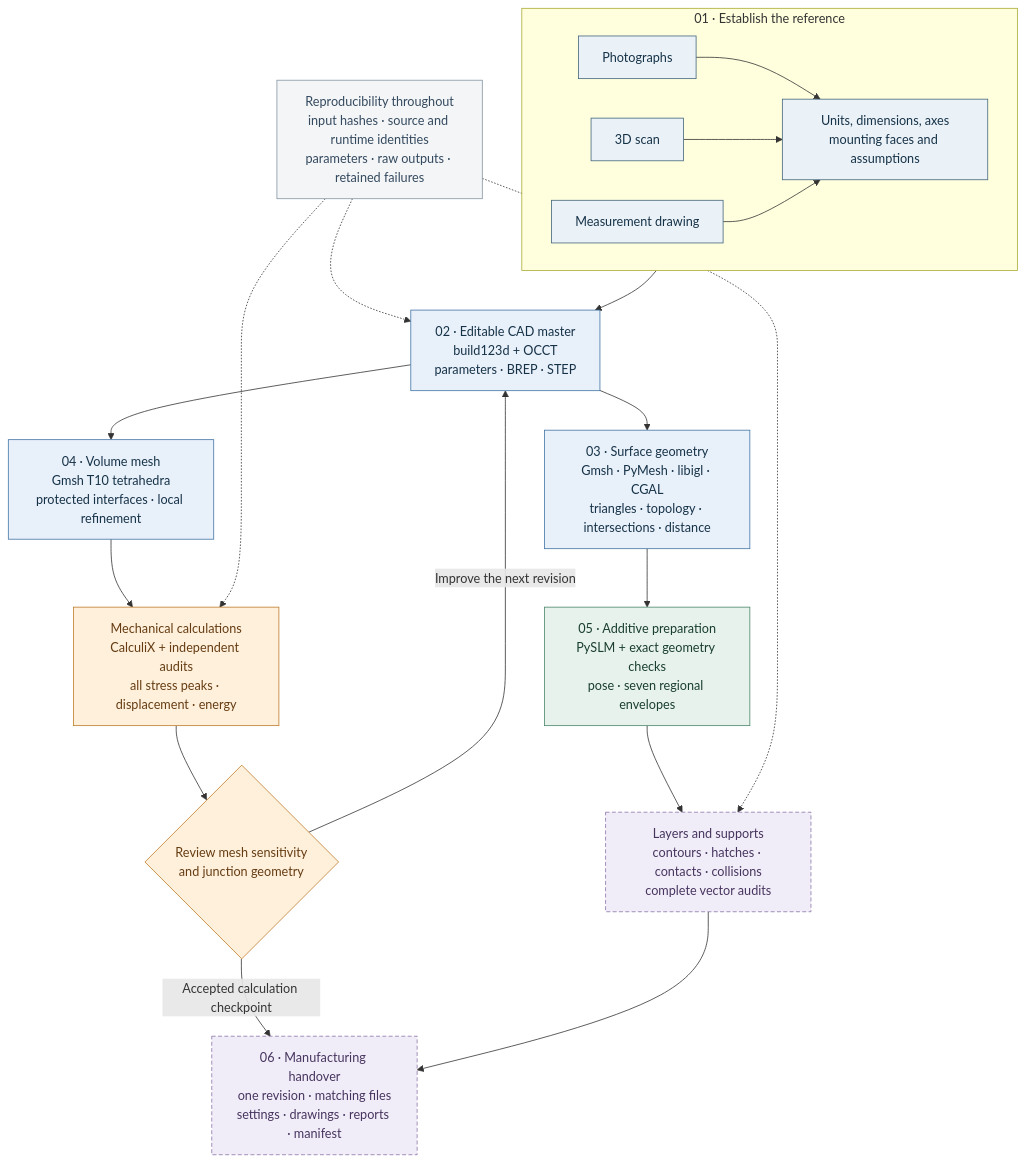
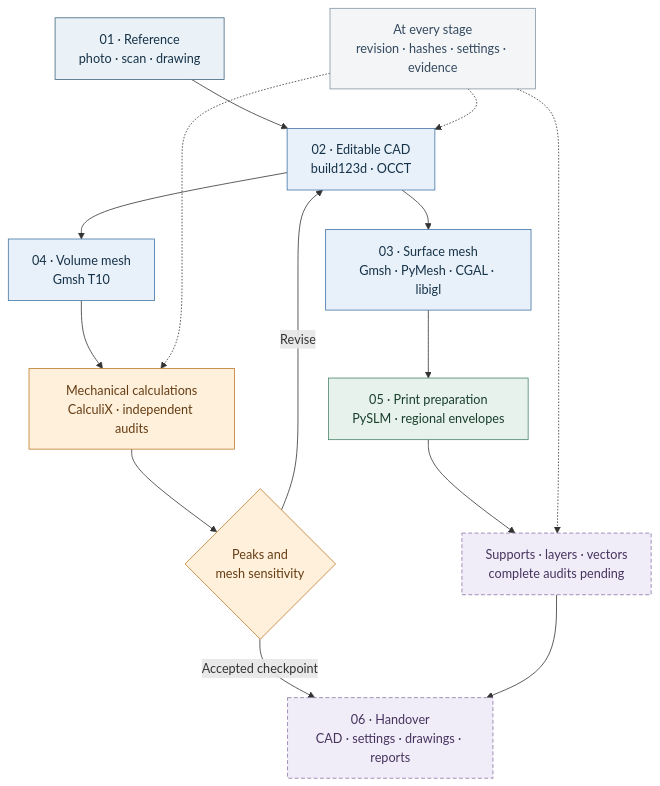
The diagram in docs/manufacturing/993_CARRIER_PROJECT_EN.md (cluster2600/porscheparts), drawn with Mermaid before and after one commit.

Commit message:
Keep the carrier Mermaid overview compact and readable

````diff
--- a/docs/manufacturing/993_CARRIER_PROJECT_EN.md
+++ b/docs/manufacturing/993_CARRIER_PROJECT_EN.md
@@ -37,45 +37,35 @@
 ```mermaid
 flowchart TB
-    subgraph INPUT["01 · Establish the reference"]
-        direction LR
-        PHOTO["Photographs"]
-        SCAN["3D scan"]
-        DRAW["Measurement drawing"]
-        REF["Units, dimensions, axes<br/>mounting faces and assumptions"]
-        PHOTO --> REF
-        SCAN --> REF
-        DRAW --> REF
-    end
+    REF["01 · Reference<br/>photo · scan · drawing"]
+    REF --> CAD["02 · Editable CAD<br/>build123d · OCCT"]
 
-    REF --> CAD["02 · Editable CAD master<br/>build123d + OCCT<br/>parameters · BREP · STEP"]
+    CAD --> SURFACE["03 · Surface mesh<br/>Gmsh · PyMesh · CGAL · libigl"]
+    CAD --> MESH["04 · Volume mesh<br/>Gmsh T10"]
+    MESH --> SOLVE["Mechanical calculations<br/>CalculiX · independent audits"]
+    SOLVE --> REVIEW{"Peaks and<br/>mesh sensitivity"}
+    REVIEW -->|"Revise"| CAD
 
-    CAD --> SURFACE["03 · Surface geometry<br/>Gmsh · PyMesh · libigl · CGAL<br/>triangles · topology · intersections · distance"]
-    CAD --> MESH["04 · Volume mesh<br/>Gmsh T10 tetrahedra<br/>protected interfaces · local refinement"]
-    MESH --> SOLVE["Mechanical calculations<br/>CalculiX + independent audits<br/>all stress peaks · displacement · energy"]
-    SOLVE --> REVIEW{"Review mesh sensitivity<br/>and junction geometry"}
-    REVIEW -->|"Improve the next revision"| CAD
+    SURFACE --> AM["05 · Print preparation<br/>PySLM · regional envelopes"]
+    AM --> LAYERS["Supports · layers · vectors<br/>complete audits pending"]
 
-    SURFACE --> AM["05 · Additive preparation<br/>PySLM + exact geometry checks<br/>pose · seven regional envelopes"]
-    AM --> LAYERS["Layers and supports<br/>contours · hatches · contacts · collisions<br/>complete vector audits"]
-
-    REVIEW -->|"Accepted calculation checkpoint"| PACK["06 · Manufacturing handover<br/>one revision · matching files<br/>settings · drawings · reports · manifest"]
+    REVIEW -->|"Accepted checkpoint"| PACK["06 · Handover<br/>CAD · settings · drawings · reports"]
     LAYERS --> PACK
 
-    RECORD["Reproducibility throughout<br/>input hashes · source and runtime identities<br/>parameters · raw outputs · retained failures"]
+    RECORD["At every stage<br/>revision · hashes · settings · evidence"]
     RECORD -.-> CAD
     RECORD -.-> SOLVE
     RECORD -.-> LAYERS
 
     classDef reference fill:#eaf2f8,stroke:#42647b,color:#163247;
     classDef geometry fill:#e8f0fa,stroke:#4174a5,color:#163247;
     classDef calculation fill:#fff0dc,stroke:#bd7b29,color:#653c12;
     classDef preparation fill:#e7f2ec,stroke:#49856a,color:#193e2e;
     classDef pending fill:#f1edf8,stroke:#8b75a8,color:#46345e,stroke-dasharray:5 3;
     classDef record fill:#f3f5f7,stroke:#8595a2,color:#34495e;
-    class PHOTO,SCAN,DRAW,REF reference;
+    class REF reference;
     class CAD,SURFACE,MESH geometry;
     class SOLVE,REVIEW calculation;
     class AM preparation;
     class LAYERS,PACK pending;
     class RECORD record;
 ```
````
